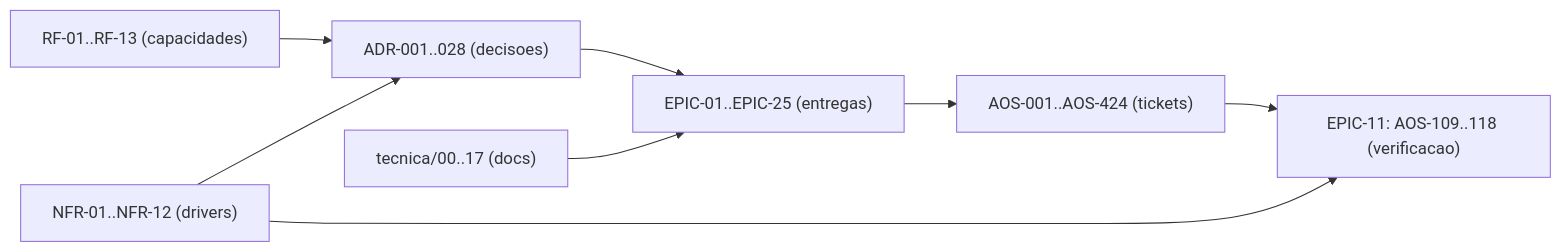
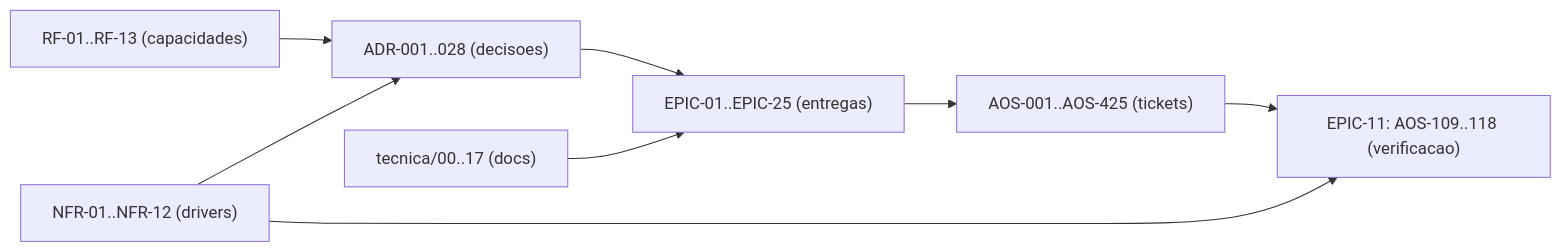
The diagram in tecnica/16_Rastreabilidade_RTM.md (albinoJimy/aos), drawn with Mermaid before and after one commit. The commit also changed other lines of this file and 1 other file, not shown here.

````diff
--- a/tecnica/16_Rastreabilidade_RTM.md
+++ b/tecnica/16_Rastreabilidade_RTM.md
@@ -188,10 +188,10 @@
 ```mermaid
 flowchart LR
     RF["RF-01..RF-13 (capacidades)"] --> ADR["ADR-001..028 (decisoes)"]
     NFR["NFR-01..NFR-12 (drivers)"] --> ADR
     ADR --> EPIC["EPIC-01..EPIC-25 (entregas)"]
-    EPIC --> TICK["AOS-001..AOS-424 (tickets)"]
+    EPIC --> TICK["AOS-001..AOS-425 (tickets)"]
     DOC["tecnica/00..17 (docs)"] --> EPIC
     TICK --> TEST["EPIC-11: AOS-109..118 (verificacao)"]
     NFR --> TEST
 ```
````
